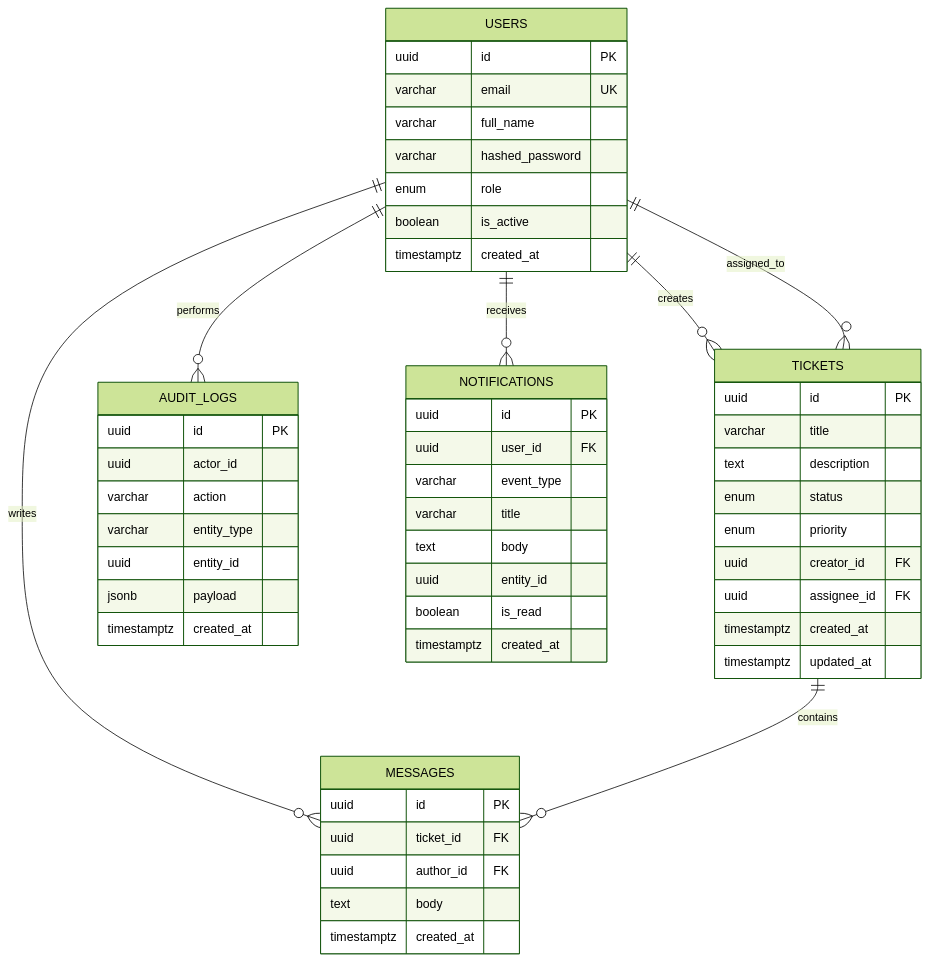
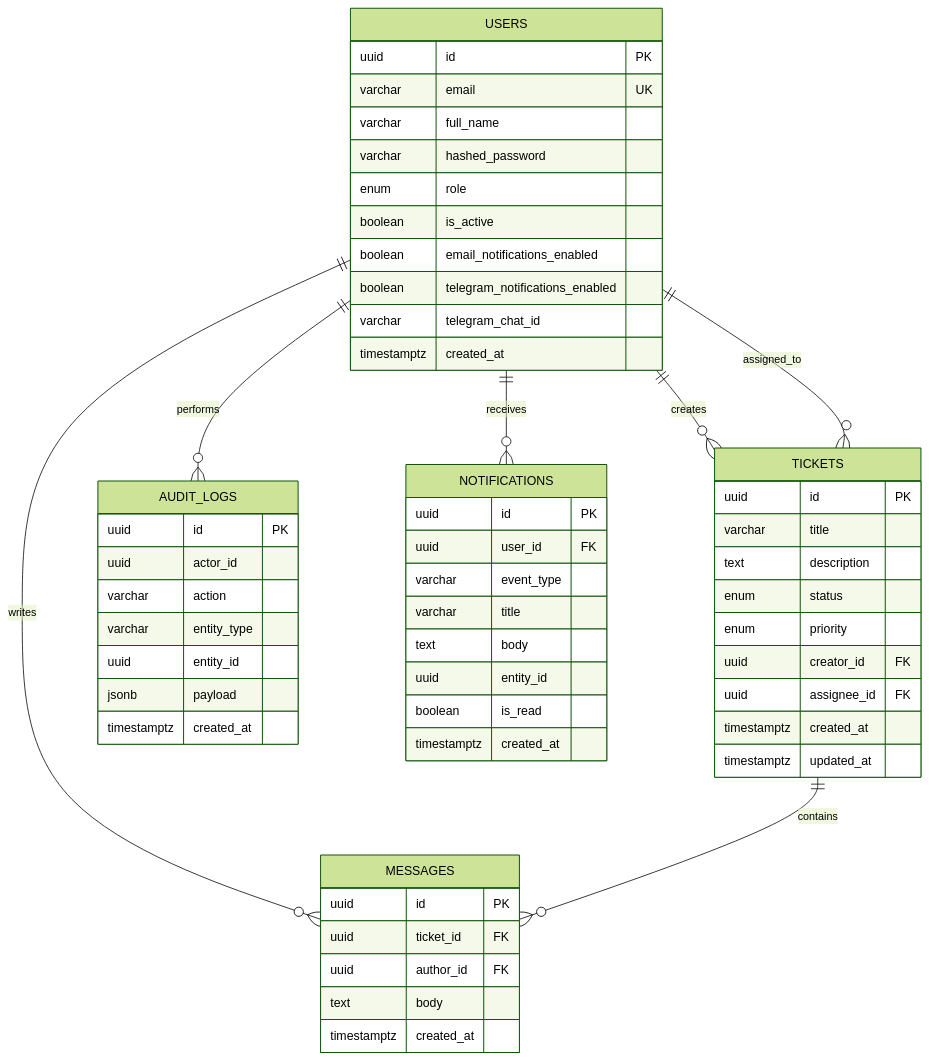
One commit to Alexandch/helpdesk-system changed the diagram in docs/database.md. Above: the diagram before and after it, drawn with Mermaid (forest theme). The commit also changed other lines of this file and 19 other files, not shown here.

Commit message:
Add Mailtrap and Telegram notifications

````diff
--- a/docs/database.md
+++ b/docs/database.md
@@ -5,60 +5,63 @@
 ```mermaid
 erDiagram
     USERS ||--o{ TICKETS : creates
     USERS ||--o{ TICKETS : assigned_to
     USERS ||--o{ MESSAGES : writes
     TICKETS ||--o{ MESSAGES : contains
     USERS ||--o{ AUDIT_LOGS : performs
     USERS ||--o{ NOTIFICATIONS : receives
 
     USERS {
         uuid id PK
         varchar email UK
         varchar full_name
         varchar hashed_password
         enum role
         boolean is_active
+        boolean email_notifications_enabled
+        boolean telegram_notifications_enabled
+        varchar telegram_chat_id
         timestamptz created_at
     }
 
     TICKETS {
         uuid id PK
         varchar title
         text description
         enum status
         enum priority
         uuid creator_id FK
         uuid assignee_id FK
         timestamptz created_at
         timestamptz updated_at
     }
 
     MESSAGES {
         uuid id PK
         uuid ticket_id FK
         uuid author_id FK
         text body
         timestamptz created_at
     }
 
     AUDIT_LOGS {
         uuid id PK
         uuid actor_id
         varchar action
         varchar entity_type
         uuid entity_id
         jsonb payload
         timestamptz created_at
     }
 
     NOTIFICATIONS {
         uuid id PK
         uuid user_id FK
         varchar event_type
         varchar title
         text body
         uuid entity_id
         boolean is_read
         timestamptz created_at
     }
 ```
````
